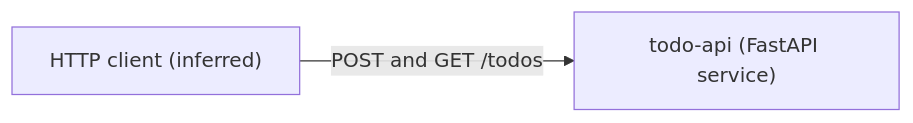
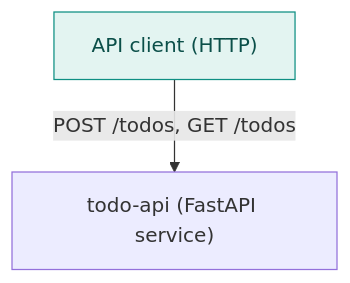
Before and after one commit to hxxnn/codemap: the first of 3 diagrams in examples/python-todo-api/docs/codemap/architecture.md, drawn with Mermaid. The commit also changed other lines of this file and 35 other files, not shown here.

````diff
--- a/examples/python-todo-api/docs/codemap/architecture.md
+++ b/examples/python-todo-api/docs/codemap/architecture.md
@@ -18,6 +16,7 @@
 ```mermaid
-flowchart LR
-  client["HTTP client (inferred)"]
-  sys["todo-api (FastAPI service)"]
-  client -->|"POST and GET /todos"| sys
+flowchart TD
+    n1["API client (HTTP)"]:::external
+    n2["todo-api (FastAPI service)"]
+    n1 -->|"POST /todos, GET /todos"| n2
+    classDef external fill:#E3F4F1,stroke:#0E8F83,color:#0B4F49
 ```
````
